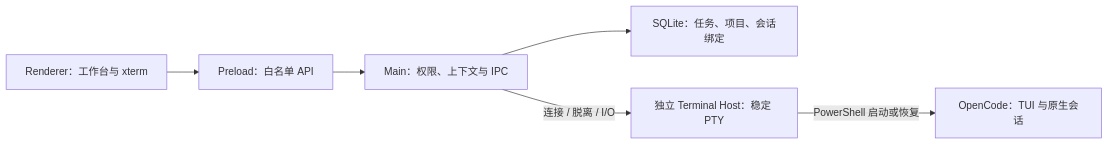
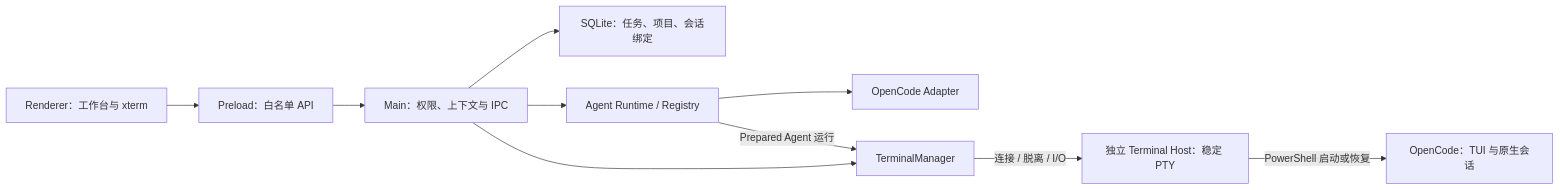
One commit to Tudou77826/DevStation changed the diagram in docs/STATUS.md. Above: the diagram before and after it, drawn with Mermaid. The commit also changed other lines of this file and 39 other files, not shown here.

````diff
--- a/docs/STATUS.md
+++ b/docs/STATUS.md
@@ -35,14 +36,20 @@
 ```mermaid
 flowchart LR
     UI["Renderer：工作台与 xterm"]
     Preload["Preload：白名单 API"]
     Main["Main：权限、上下文与 IPC"]
     DB["SQLite：任务、项目、会话绑定"]
+    Runtime["Agent Runtime / Registry"]
+    Adapter["OpenCode Adapter"]
+    Terminal["TerminalManager"]
     Host["独立 Terminal Host：稳定 PTY"]
     OC["OpenCode：TUI 与原生会话"]
 
     UI --> Preload --> Main
     Main --> DB
-    Main -->|连接 / 脱离 / I/O| Host
+    Main --> Runtime --> Adapter
+    Main --> Terminal
+    Runtime -->|Prepared Agent 运行| Terminal
+    Terminal -->|连接 / 脱离 / I/O| Host
     Host -->|PowerShell 启动或恢复| OC
 ```
````
